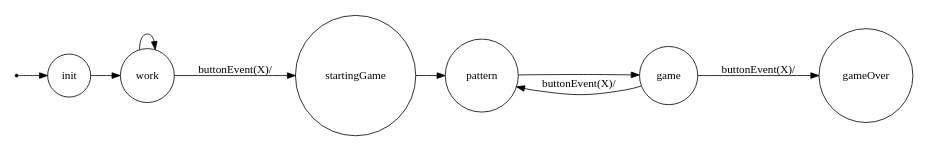
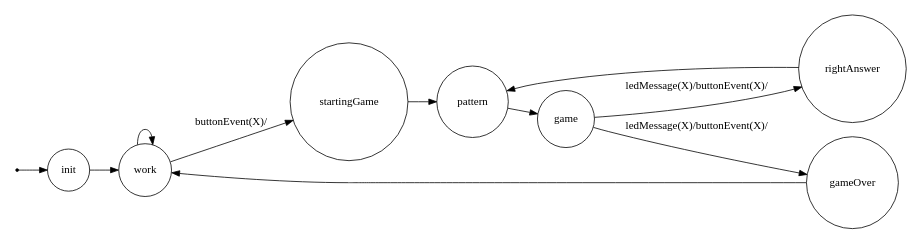
The diagram in it.unibo.game.step2/src/dist/srcMore/it/unibo/mycontrol/dotFsm.gv (Mikelainz/ISS), drawn with Graphviz before and after one commit. The commit also changed 362 other files, not shown here.

```diff
--- a/it.unibo.game.step2/src/dist/srcMore/it/unibo/mycontrol/dotFsm.gv
+++ b/it.unibo.game.step2/src/dist/srcMore/it/unibo/mycontrol/dotFsm.gv
@@ -1,30 +1,34 @@
 /*
 *
 * A GraphViz DOT FSM description 
 * Please use a GraphViz visualizer (like http://www.webgraphviz.com)
 * 
 * Generated by AM,NC,RM
 *  
 */
  
 digraph finite_state_machine {
   	rankdir=LR;
   	size="8,5"
   	node [shape = point]; iniziale;
   	node [shape = doublecircle]; 
   	node [shape = circle];
   	iniziale -> init [label = ""];
   	
   	
   	init -> work [ label = ""];
   	
   	work -> work [ label = ""];
   	work -> startingGame [ label = "buttonEvent(X)/"];
   	
   	startingGame -> pattern [ label = ""];
   	
   	pattern -> game [ label = ""];
   	
-  	game -> gameOver [ label = "buttonEvent(X)/"];
-  	game -> pattern [ label = "buttonEvent(X)/"];
+  	game -> rightAnswer [ label = "ledMessage(X)/buttonEvent(X)/"];
+  	game -> gameOver [ label = "ledMessage(X)/buttonEvent(X)/"];
+  	
+  	rightAnswer -> pattern [ label = ""];
+  	
+  	gameOver -> work [ label = ""];
 }
```
